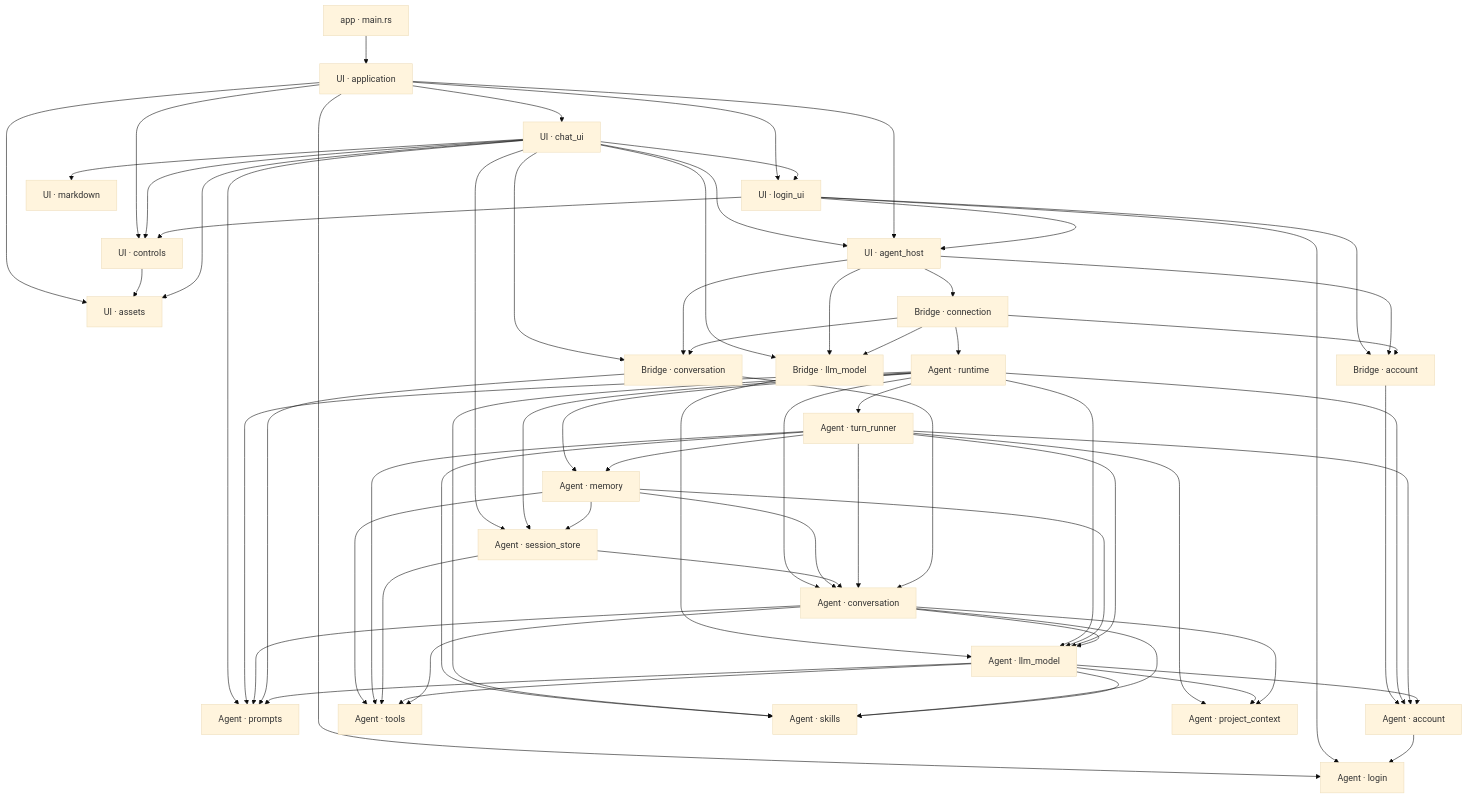
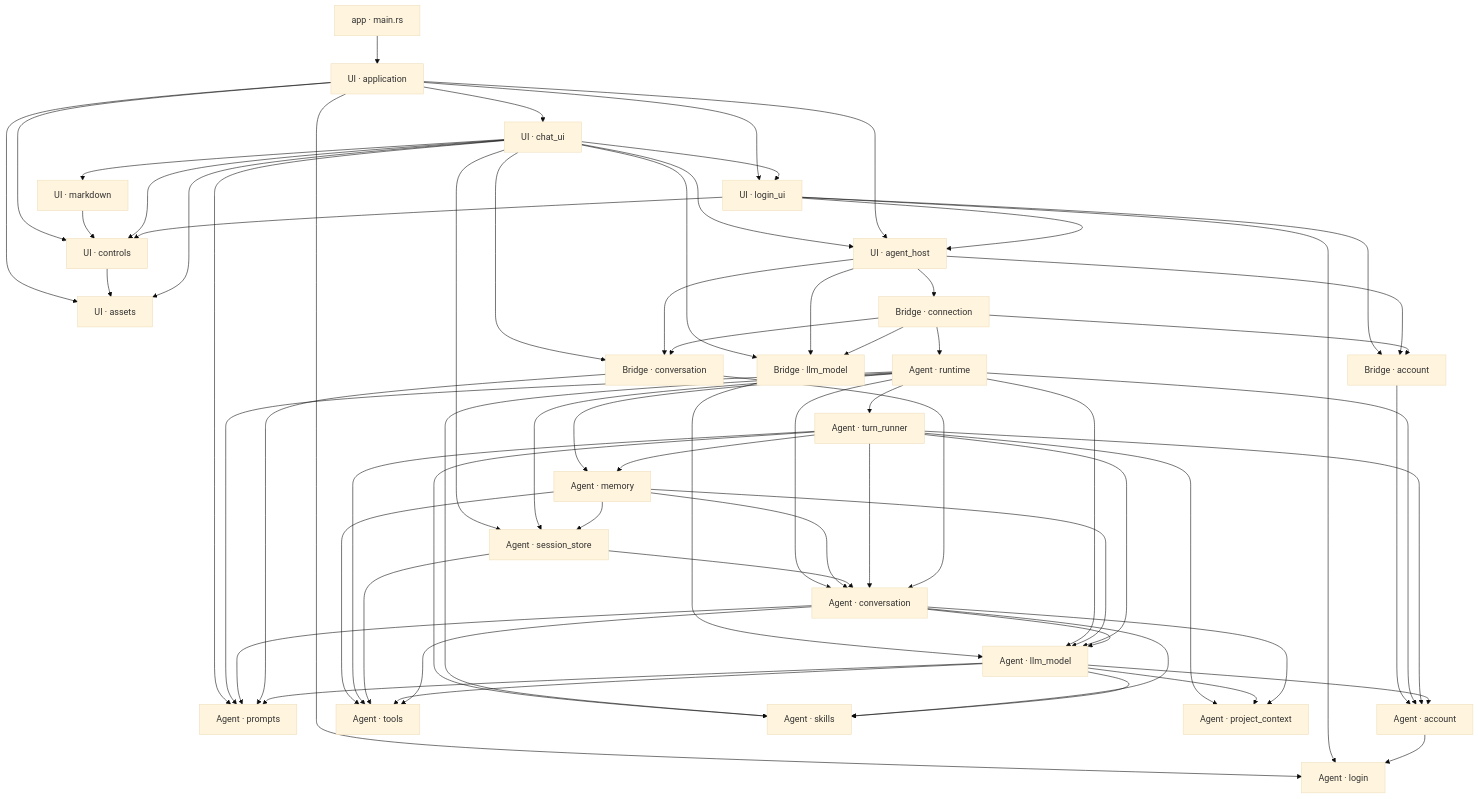
The first of 3 diagrams in docs/design/architecture.md (slc90/Agentelier), drawn with Mermaid (base theme) before and after one commit. The commit also changed 15 other files, not shown here.

````diff
--- a/docs/design/architecture.md
+++ b/docs/design/architecture.md
@@ -38,68 +38,69 @@
 ```mermaid
 flowchart TD
     Entry["app · main.rs"] --> App["UI · application"]
     App --> UI["UI · login_ui"]
     App --> Assets["UI · assets"]
     App --> Controls["UI · controls"]
     Controls --> Assets
     App --> Login["Agent · login"]
     UI --> Login
     App --> ChatUI["UI · chat_ui"]
     ChatUI --> Markdown["UI · markdown"]
+    Markdown --> Controls
     ChatUI --> UI
     ChatUI --> Controls
     UI --> Controls
     ChatUI --> Host
     App --> Host["UI · agent_host"]
     UI --> Host
     Host --> Connection["Bridge · connection"]
     UI --> AccountBridge["Bridge · account"]
     ChatUI --> ModelBridge["Bridge · llm_model"]
     ChatUI --> ConversationBridge["Bridge · conversation"]
     ChatUI --> Prompts["Agent · prompts"]
     ChatUI --> SessionStore
     ChatUI --> Assets
     Host --> AccountBridge
     Host --> ModelBridge
     Host --> ConversationBridge
     Connection --> Runtime["Agent · runtime"]
     Connection --> AccountBridge
     Connection --> ModelBridge
     Connection --> ConversationBridge
     AccountBridge --> Account["Agent · account"]
     ModelBridge --> Model["Agent · llm_model"]
     Runtime --> Account
     Runtime --> Model
     Runtime --> Conversation["Agent · conversation"]
     Runtime --> SessionStore["Agent · session_store"]
     Runtime --> Memory["Agent · memory"]
     Runtime --> Prompts
     Memory --> SessionStore
     Memory --> Conversation
     Memory --> Model
     Memory --> Tools
     SessionStore --> Conversation
     Runtime --> Runner["Agent · turn_runner"]
     Runner --> Conversation
     Runner --> Skills["Agent · skills"]
     Runtime --> Skills
     Conversation --> Skills
     Runner --> ProjectContext["Agent · project_context"]
     Runner --> Model
     Runner --> Memory
     Runner --> Account
     Runner --> Tools["Agent · tools"]
     SessionStore --> Tools
     Model --> Skills
     Model --> ProjectContext
     Model --> Tools
     Conversation --> Tools
     Conversation --> Model
     Conversation --> Prompts
     Conversation --> ProjectContext
     ConversationBridge --> Conversation
     ConversationBridge --> Prompts
     Model --> Prompts
     Model --> Account
     Account --> Login
 ```
````
